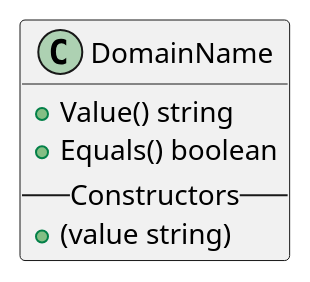
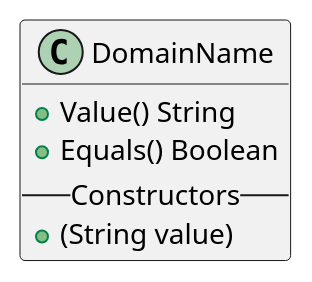
One commit to attestify/kernel-specification changed the diagram in diagrams/uri/domain-name.puml. Above: the diagram before and after it, drawn with PlantUML. The commit also changed 3 other files, not shown here.

```diff
--- a/diagrams/uri/domain-name.puml
+++ b/diagrams/uri/domain-name.puml
@@ -1,10 +1,10 @@
 @startuml
 
 class DomainName {
-+ Value() string
-+ Equals() boolean
++ Value() String
++ Equals() Boolean
 -- Constructors --
-+ (value string)
++ (String value)
 }
 
 @enduml
```
